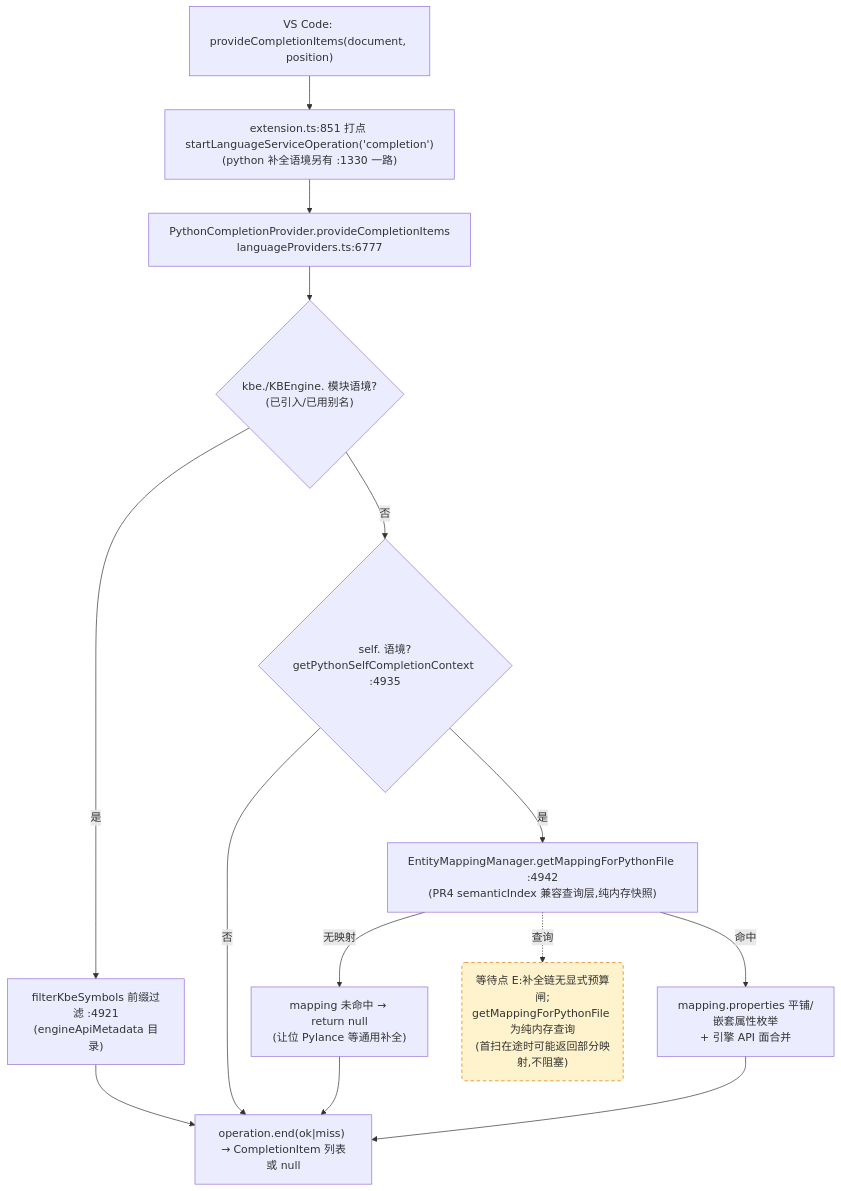
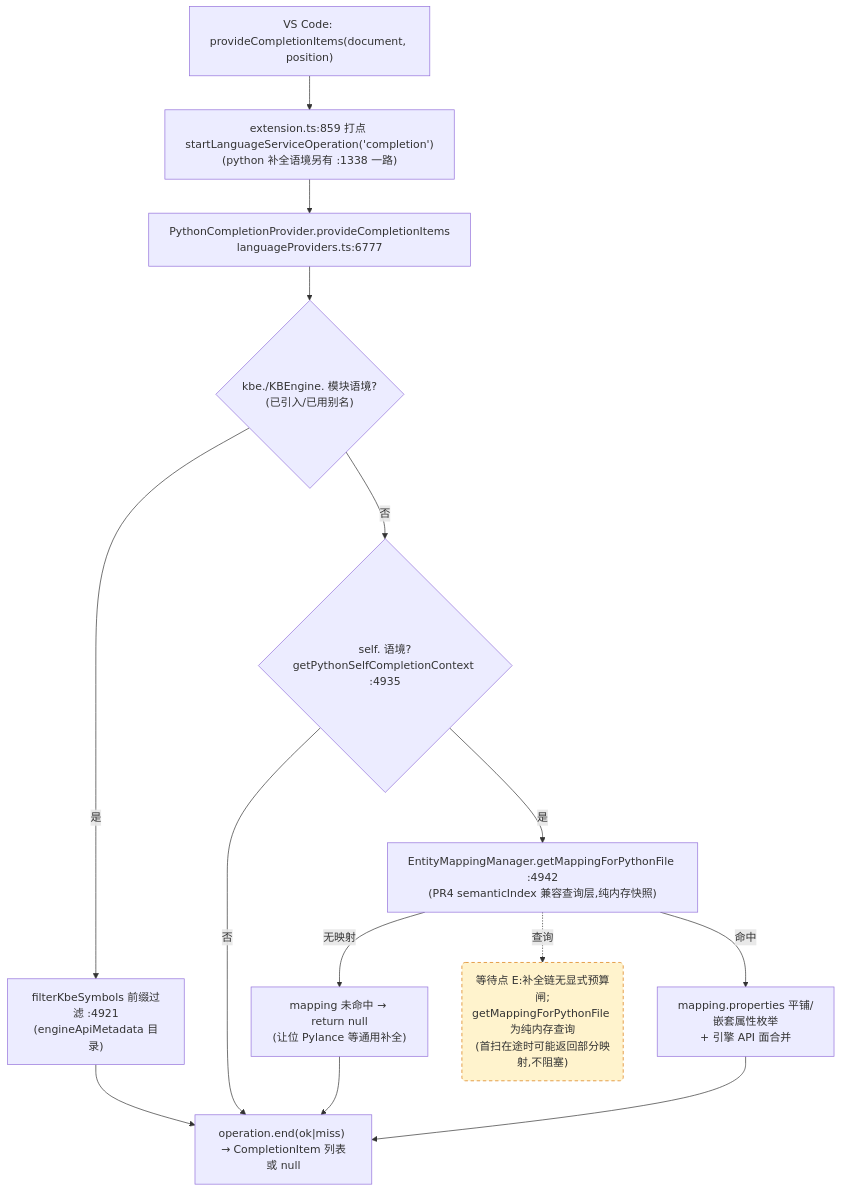
Before and after one commit to cuihairu/kode: the third of 4 diagrams in docs/perf/2026-baseline.md, drawn with Mermaid. The commit also changed other lines of this file and 12 other files, not shown here.

````diff
--- a/docs/perf/2026-baseline.md
+++ b/docs/perf/2026-baseline.md
@@ -184,27 +184,27 @@
 ```mermaid
 flowchart TD
   VC3["VS Code: provideCompletionItems(document, position)"]
-  M3["extension.ts:851 打点 startLanguageServiceOperation('completion')<br/>(python 补全语境另有 :1330 一路)"]
+  M3["extension.ts:859 打点 startLanguageServiceOperation('completion')<br/>(python 补全语境另有 :1338 一路)"]
   CP["PythonCompletionProvider.provideCompletionItems<br/>languageProviders.ts:6777"]
   KBEC{"kbe./KBEngine. 模块语境?<br/>(已引入/已用别名)"}
   FILTER["filterKbeSymbols 前缀过滤 :4921<br/>(engineApiMetadata 目录)"]
   SELFC{"self. 语境?<br/>getPythonSelfCompletionContext :4935"}
   MAP["EntityMappingManager.getMappingForPythonFile :4942<br/>(PR4 semanticIndex 兼容查询层,纯内存快照)"]
   NOMAP["mapping 未命中 → return null<br/>(让位 Pylance 等通用补全)"]
   PROPS["mapping.properties 平铺/嵌套属性枚举<br/>+ 引擎 API 面合并"]
   END3["operation.end(ok|miss) → CompletionItem 列表或 null"]
 
   VC3 --> M3 --> CP --> KBEC
   KBEC -- "是" --> FILTER --> END3
   KBEC -- "否" --> SELFC
   SELFC -- "否" --> END3
   SELFC -- "是" --> MAP
   MAP -- "无映射" --> NOMAP --> END3
   MAP -- "命中" --> PROPS --> END3
 
   WAITE("等待点 E:补全链无显式预算闸;<br/>getMappingForPythonFile 为纯内存查询<br/>(首扫在途时可能返回部分映射,不阻塞)")
   MAP -.->|查询| WAITE
 
   classDef waitPoint fill:#fff3cd,stroke:#d97706,stroke-dasharray:5 4;
   class WAITE waitPoint;
 ```
````
